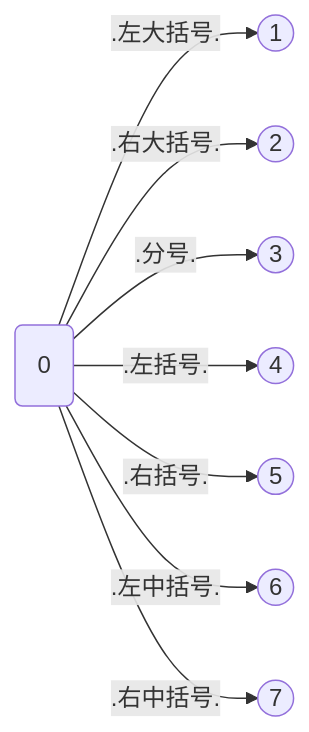
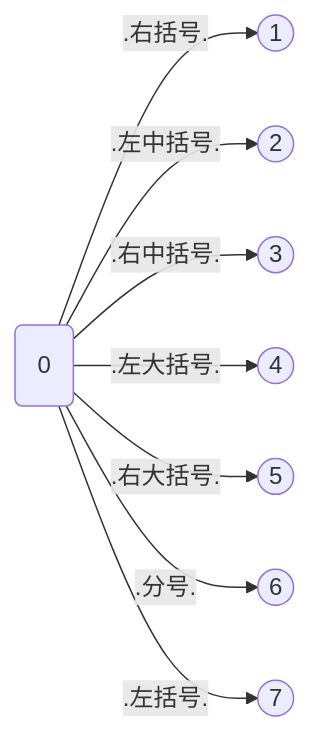
The diagram in doc/gen/LexicalInformation/stateMachine/J 状态机.md (Lxy417165709/translater), drawn with Mermaid before and after one commit. The commit also changed 34 other files, not shown here.

````diff
--- a/doc/gen/LexicalInformation/stateMachine/J 状态机.md
+++ b/doc/gen/LexicalInformation/stateMachine/J 状态机.md
@@ -1,10 +1,10 @@
 ```mermaid
 graph LR
-id:0(0) -- .左大括号. --> id:1((1))
-id:0(0) -- .右大括号. --> id:2((2))
-id:0(0) -- .分号. --> id:3((3))
-id:0(0) -- .左括号. --> id:4((4))
-id:0(0) -- .右括号. --> id:5((5))
-id:0(0) -- .左中括号. --> id:6((6))
-id:0(0) -- .右中括号. --> id:7((7))
+id:0(0) -- .右括号. --> id:1((1))
+id:0(0) -- .左中括号. --> id:2((2))
+id:0(0) -- .右中括号. --> id:3((3))
+id:0(0) -- .左大括号. --> id:4((4))
+id:0(0) -- .右大括号. --> id:5((5))
+id:0(0) -- .分号. --> id:6((6))
+id:0(0) -- .左括号. --> id:7((7))
 ```
````
